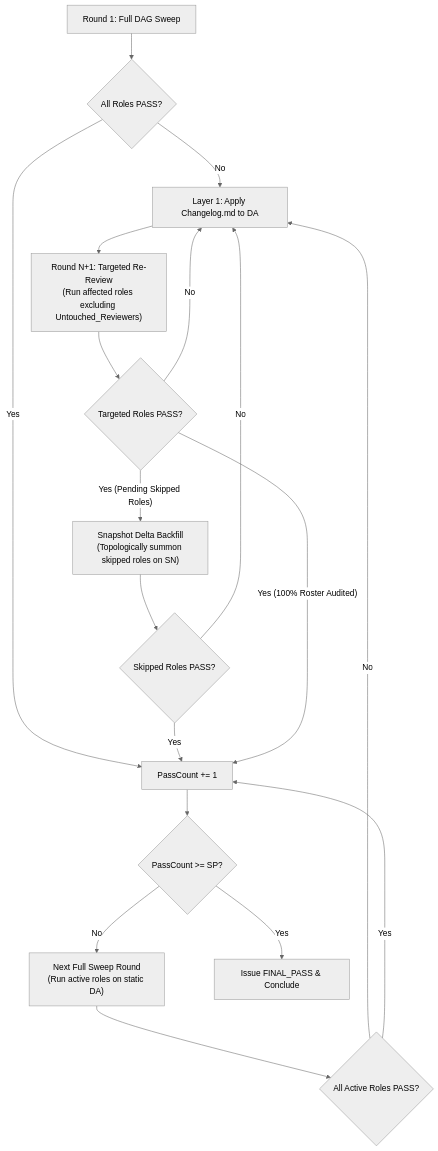
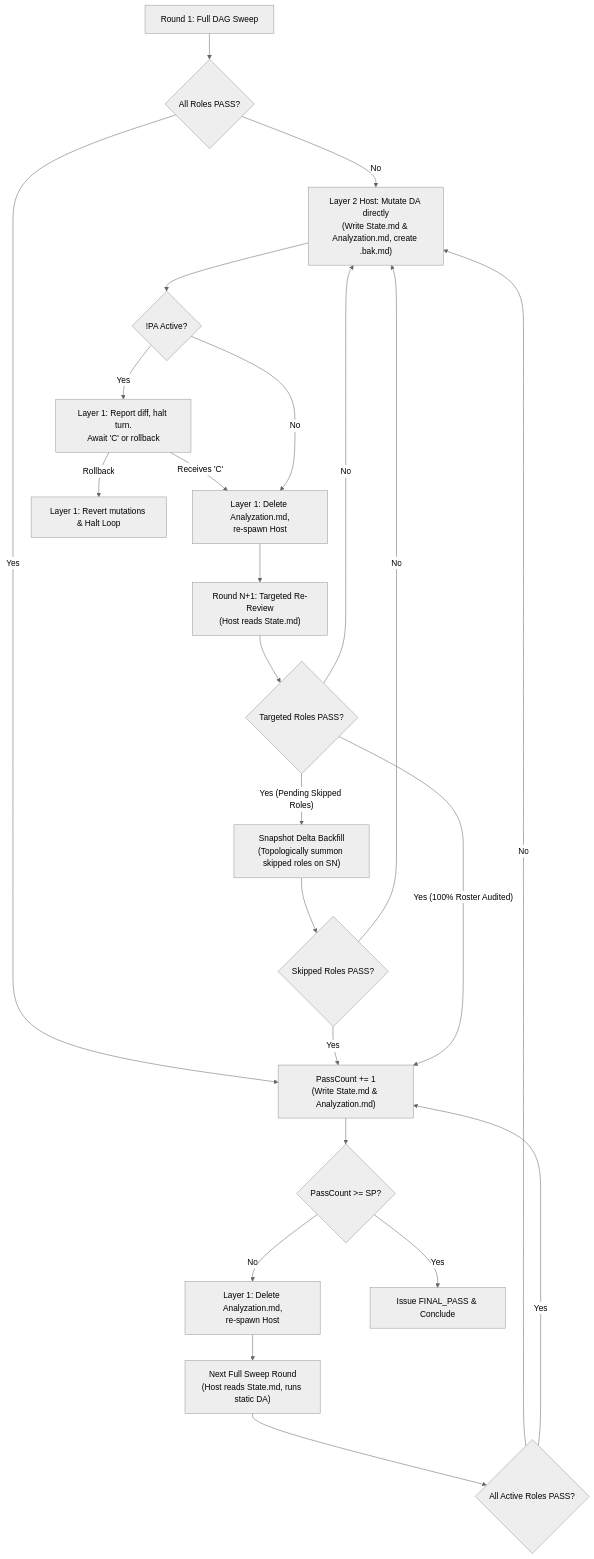
Before and after one commit to loerei/YumeShelf: the diagram in .agents/skills/conduct-deep-reviewing-loop/SKILL.md, drawn with Mermaid (neutral theme). The commit also changed other lines of this file and 23 other files, not shown here.

````diff
--- a/.agents/skills/conduct-deep-reviewing-loop/SKILL.md
+++ b/.agents/skills/conduct-deep-reviewing-loop/SKILL.md
@@ -20,21 +20,25 @@
 ```mermaid
 flowchart TD
     Start["Round 1: Full DAG Sweep"] --> Eval{"All Roles PASS?"}
-    Eval -->|"No"| Apply["Layer 1: Apply Changelog.md to DA"]
-    Eval -->|"Yes"| Accumulate["PassCount += 1"]
-    Apply --> TargetRun["Round N+1: Targeted Re-Review<br/>(Run affected roles excluding Untouched_Reviewers)"]
+    Eval -->|"No"| Apply["Layer 2 Host: Mutate DA directly<br/>(Write State.md & Analyzation.md, create <da_stem>.bak.md)"]
+    Eval -->|"Yes"| Accumulate["PassCount += 1<br/>(Write State.md & Analyzation.md)"]
+    Apply --> CheckPA{"!PA Active?"}
+    CheckPA -->|"Yes"| PAPause["Layer 1: Report diff, halt turn.<br/>Await 'C' or rollback"]
+    PAPause -->|"Receives 'C'"| Handoff["Layer 1: Delete Analyzation.md,<br/>re-spawn Host"] --> TargetRun["Round N+1: Targeted Re-Review<br/>(Host reads State.md)"]
+    PAPause -->|"Rollback"| RevertHalt["Layer 1: Revert mutations & Halt Loop"]
+    CheckPA -->|"No"| Handoff
     CheckTarget{"Targeted Roles PASS?"}
     TargetRun --> CheckTarget
     CheckTarget -->|"No"| Apply
     CheckTarget -->|"Yes (Pending Skipped Roles)"| Backfill["Snapshot Delta Backfill<br/>(Topologically summon skipped roles on SN)"]
     Backfill --> BackfillCheck{"Skipped Roles PASS?"}
     BackfillCheck -->|"No"| Apply
     BackfillCheck -->|"Yes"| Accumulate
     CheckTarget -->|"Yes (100% Roster Audited)"| Accumulate
     Accumulate --> SPCheck{"PassCount >= SP?"}
-    SPCheck -->|"No"| FullSweep["Next Full Sweep Round<br/>(Run active roles on static DA)"]
+    SPCheck -->|"No"| HandoffSweep["Layer 1: Delete Analyzation.md,<br/>re-spawn Host"] --> FullSweep["Next Full Sweep Round<br/>(Host reads State.md, runs static DA)"]
     FullSweep --> SweepCheck{"All Active Roles PASS?"}
     SweepCheck -->|"No"| Apply
     SweepCheck -->|"Yes"| Accumulate
     SPCheck -->|"Yes"| FinalPass["Issue FINAL_PASS & Conclude"]
 ```
````
